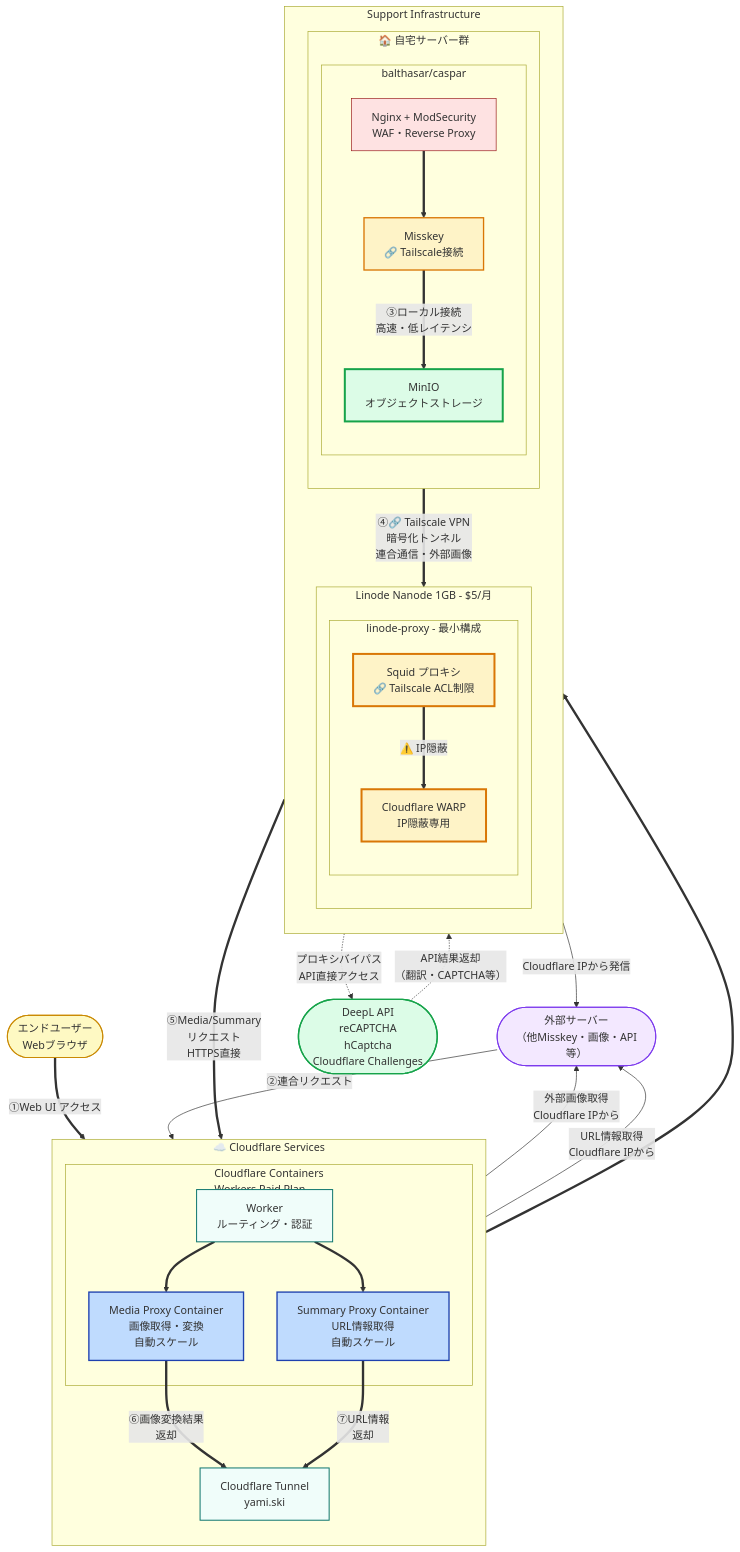
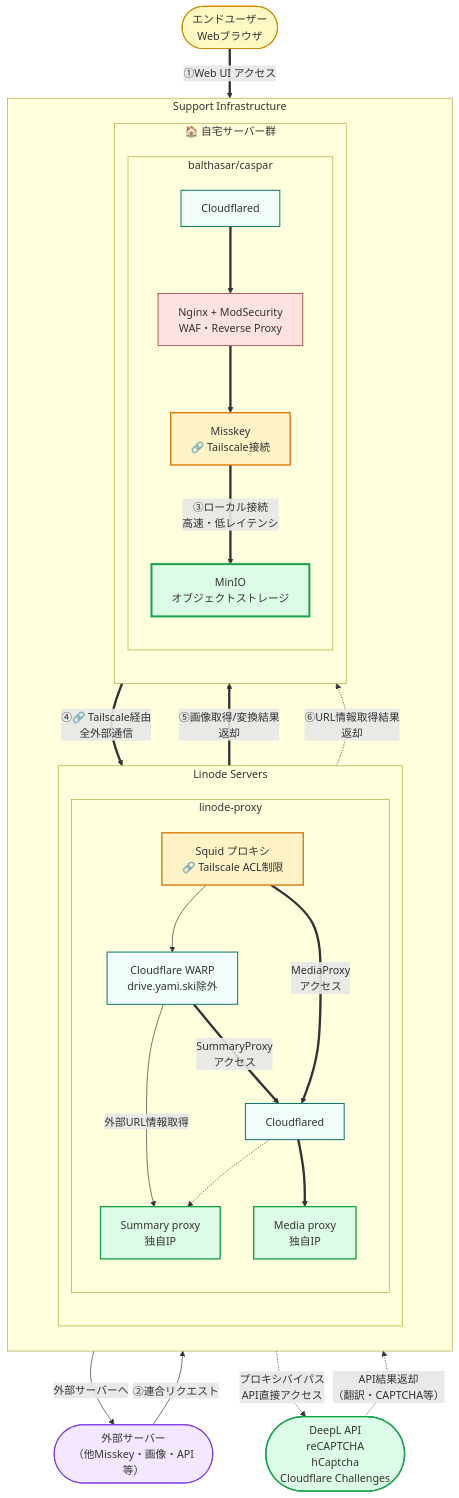
One commit to yamisskey-dev/hosted-list changed the sixth of 6 diagrams in README.md. Above: the diagram before and after it, drawn with Mermaid.

```diff
--- a/README.md
+++ b/README.md
@@ -442,33 +442,23 @@
 classDef direct fill:#dcfce7,stroke:#16a34a,stroke-width:2px
 classDef tailscale fill:#fef3c7,stroke:#d97706,stroke-width:2px
 classDef local fill:#dcfce7,stroke:#16a34a,stroke-width:3px
-classDef containers fill:#bfdbfe,stroke:#1e40af,stroke-width:2px
-classDef vps fill:#fef3c7,stroke:#d97706,stroke-width:3px
 
 %% External actors
 enduser([エンドユーザー<br/>Webブラウザ]):::user
 external_servers([外部サーバー<br/>（他Misskey・画像・API等）]):::federation
 bypass_services([DeepL API<br/>reCAPTCHA<br/>hCaptcha<br/>Cloudflare Challenges]):::direct
 
-subgraph cloudflare_services[☁️ Cloudflare Services]
-    direction TB
-    cloudflared_tunnel[Cloudflare Tunnel<br/>yami.ski]:::cloudflare
-    
-    subgraph containers[Cloudflare Containers<br/>Workers Paid Plan]
-        worker[Worker<br/>ルーティング・認証]:::cloudflare
-        mediaproxy_container[Media Proxy Container<br/>画像取得・変換<br/>自動スケール]:::containers
-        summaryproxy_container[Summary Proxy Container<br/>URL情報取得<br/>自動スケール]:::containers
-    end
-end
-
 subgraph support[Support Infrastructure]
     direction TB
     
-    subgraph linode[Linode Nanode 1GB - $5/月]
+    subgraph linode[Linode Servers]
         direction TB
-        subgraph proxy[linode-proxy - 最小構成]
-            squid[Squid プロキシ<br/>🔗 Tailscale ACL制限]:::vps
-            warp[Cloudflare WARP<br/>IP隠蔽専用]:::vps
+        subgraph proxy[linode-proxy]
+            summaryproxy[Summary proxy<br/>独自IP]:::direct
+            mediaproxy[Media proxy<br/>独自IP]:::direct
+            squid[Squid プロキシ<br/>🔗 Tailscale ACL制限]:::tailscale
+            warp[Cloudflare WARP<br/>drive.yami.ski除外]:::cloudflare
+            cloudflared_p[Cloudflared]:::cloudflare
         end
     end
     
@@ -478,38 +468,39 @@
             nginx_misskey[Nginx + ModSecurity<br/>WAF・Reverse Proxy]:::security
             yamisskey[Misskey<br/>🔗 Tailscale接続]:::tailscale
             minio_local[MinIO<br/>オブジェクトストレージ]:::local
+            cloudflared_bc[Cloudflared]:::cloudflare
         end
     end
 end
 
 %% エンドユーザーのアクセス経路（太線）
-enduser ==>|"①Web UI アクセス"| cloudflared_tunnel
-cloudflared_tunnel ==> nginx_misskey
+enduser ==>|"①Web UI アクセス"| cloudflared_bc
+cloudflared_bc ==> nginx_misskey
 nginx_misskey ==> yamisskey
 
 %% 外部サーバーからの連合リクエスト（通常線）
-external_servers -->|"②連合リクエスト"| cloudflared_tunnel
+external_servers -->|"②連合リクエスト"| cloudflared_bc
 
 %% Misskeyからのローカル接続（太線・緑色）
 yamisskey ==>|"③ローカル接続<br/>高速・低レイテンシ"| minio_local
 
-%% Misskeyからの全外部通信（連合）はSquid + WARP経由
-yamisskey ==>|"④🔗 Tailscale VPN<br/>暗号化トンネル<br/>連合通信・外部画像"| squid
-squid ==>|"⚠️ IP隠蔽"| warp
-warp -->|"Cloudflare IPから発信"| external_servers
+%% Misskeyサーバーからの全外部通信はSquid経由
+yamisskey ==>|"④🔗 Tailscale経由<br/>全外部通信"| squid
+squid --> warp
 
-%% Media/Summary ProxyへのアクセスはContainersへ直接
-yamisskey ==>|"⑤Media/Summary<br/>リクエスト<br/>HTTPS直接"| worker
-worker ==> mediaproxy_container
-worker ==> summaryproxy_container
+%% WARPからの分岐
+warp -->|"外部サーバーへ"| external_servers
+warp ==>|"SummaryProxy<br/>アクセス"| cloudflared_p
+warp -->|"外部URL情報取得"| summaryproxy
+cloudflared_p ==> mediaproxy
+cloudflared_p -.-> summaryproxy
+squid ==>|"MediaProxy<br/>アクセス"| cloudflared_p
 
-%% Containersが外部から画像・情報を取得
-mediaproxy_container -->|"外部画像取得<br/>Cloudflare IPから"| external_servers
-summaryproxy_container -->|"URL情報取得<br/>Cloudflare IPから"| external_servers
+%% MediaProxyからMisskeyへ画像処理結果を返却
+mediaproxy ==>|"⑤画像取得/変換結果<br/>返却"| cloudflared_bc
 
-%% Containersからの結果返却
-mediaproxy_container ==>|"⑥画像変換結果<br/>返却"| cloudflared_tunnel
-summaryproxy_container ==>|"⑦URL情報<br/>返却"| cloudflared_tunnel
+%% SummaryProxyからの返却
+summaryproxy -.->|"⑥URL情報取得結果<br/>返却"| cloudflared_bc
 
 %% プロキシバイパス対象（特定APIサービス）
 yamisskey -.->|"プロキシバイパス<br/>API直接アクセス"| bypass_services
```
